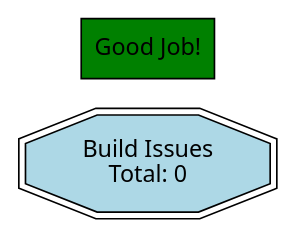
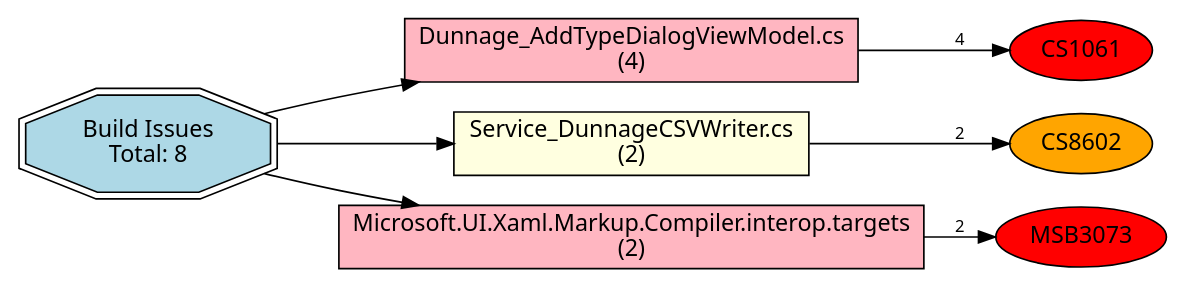
The diagram in build-issues.dot (JDKoll1982/MTM_Receiving_Application), drawn with Graphviz before and after one commit. The commit also changed 34 other files, not shown here.

```diff
--- a/build-issues.dot
+++ b/build-issues.dot
@@ -1,7 +1,18 @@
 digraph BuildIssues {
   rankdir=LR;
   node [shape=box, style=filled, fontname="Segoe UI"];
   edge [fontname="Segoe UI", fontsize=10];
-  ROOT [label="Build Issues\nTotal: 0", fillcolor="lightblue", shape=doubleoctagon];
-  "Good Job!" [shape=box, style=filled, fillcolor=green];
+  ROOT [label="Build Issues\nTotal: 8", fillcolor="lightblue", shape=doubleoctagon];
+  "Dunnage_AddTypeDialogViewModel.cs" [label="Dunnage_AddTypeDialogViewModel.cs\n(4)", fillcolor="lightpink"];
+  ROOT -> "Dunnage_AddTypeDialogViewModel.cs";
+  "Dunnage_AddTypeDialogViewModel.cs_CS1061" [label="CS1061", fillcolor="red", shape=ellipse];
+  "Dunnage_AddTypeDialogViewModel.cs" -> "Dunnage_AddTypeDialogViewModel.cs_CS1061" [label="4"];
+  "Service_DunnageCSVWriter.cs" [label="Service_DunnageCSVWriter.cs\n(2)", fillcolor="lightyellow"];
+  ROOT -> "Service_DunnageCSVWriter.cs";
+  "Service_DunnageCSVWriter.cs_CS8602" [label="CS8602", fillcolor="orange", shape=ellipse];
+  "Service_DunnageCSVWriter.cs" -> "Service_DunnageCSVWriter.cs_CS8602" [label="2"];
+  "Microsoft.UI.Xaml.Markup.Compiler.interop.targets" [label="Microsoft.UI.Xaml.Markup.Compiler.interop.targets\n(2)", fillcolor="lightpink"];
+  ROOT -> "Microsoft.UI.Xaml.Markup.Compiler.interop.targets";
+  "Microsoft.UI.Xaml.Markup.Compiler.interop.targets_MSB3073" [label="MSB3073", fillcolor="red", shape=ellipse];
+  "Microsoft.UI.Xaml.Markup.Compiler.interop.targets" -> "Microsoft.UI.Xaml.Markup.Compiler.interop.targets_MSB3073" [label="2"];
 }
```
